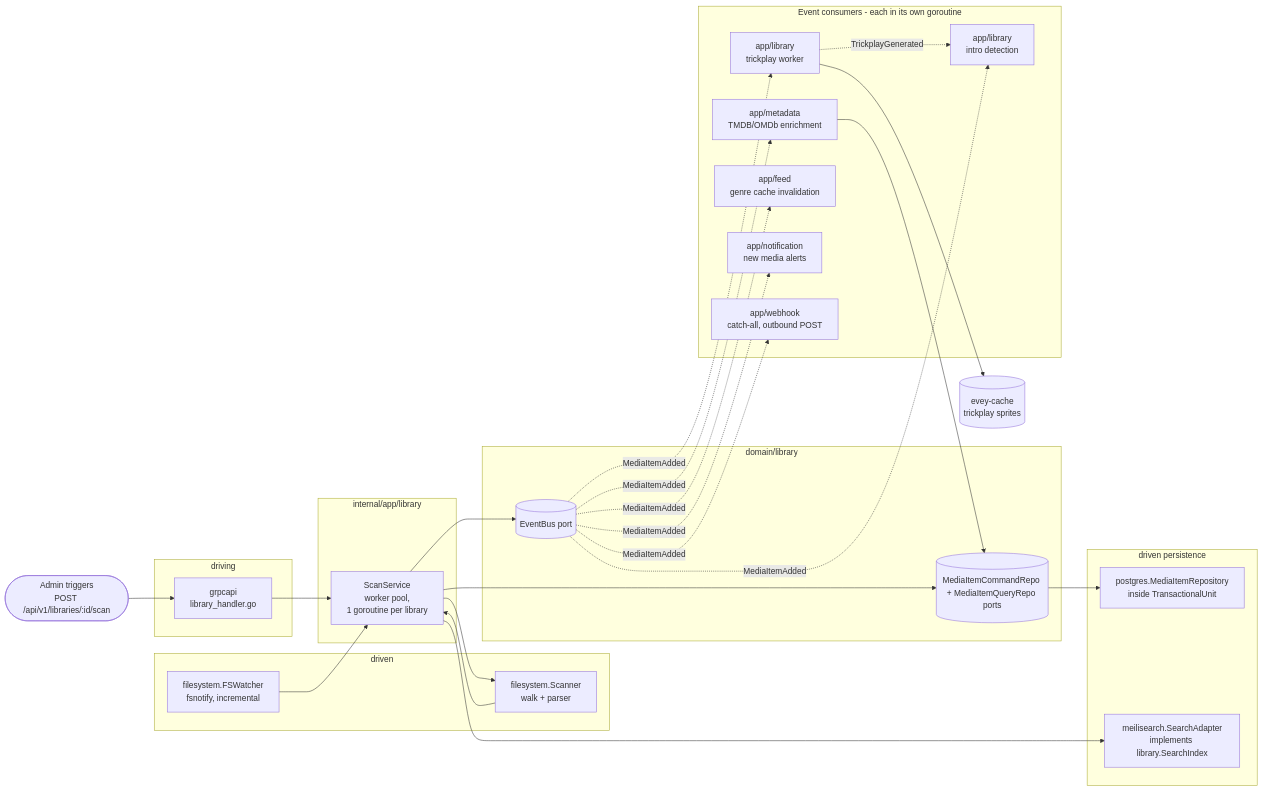
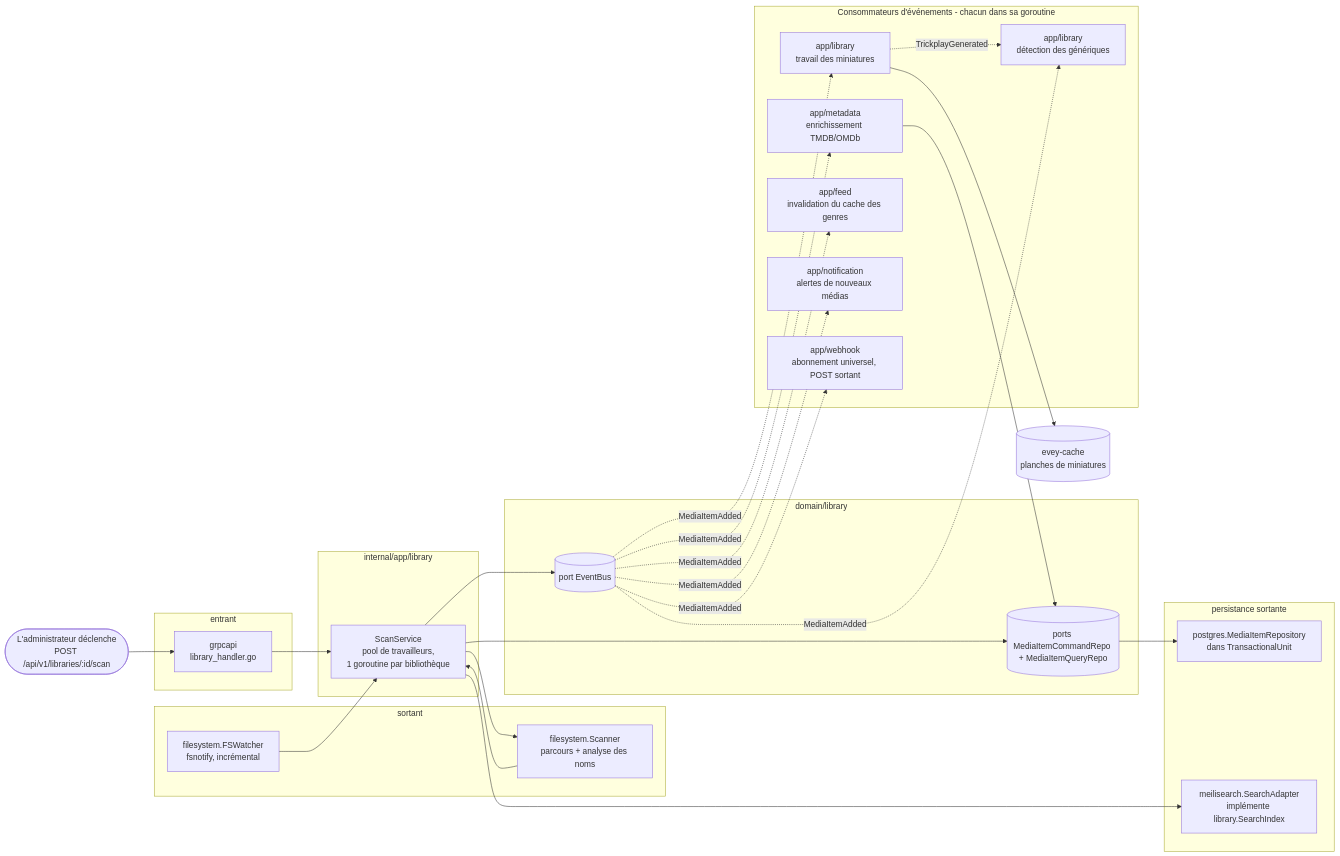
Before and after one commit to eveyproject/evey: the fourth of 4 diagrams in wiki/translations/fr/ARCHITECTURE.md, drawn with Mermaid. The commit also changed other lines of this file and 186 other files, not shown here.

````diff
--- a/wiki/translations/fr/ARCHITECTURE.md
+++ b/wiki/translations/fr/ARCHITECTURE.md
@@ -296,54 +407,54 @@
 ```mermaid
 flowchart LR
-    user([Admin triggers<br/>POST /api/v1/libraries/:id/scan])
+    user([L'administrateur déclenche<br/>POST /api/v1/libraries/:id/scan])
 
-    subgraph driving2[driving]
+    subgraph driving2[entrant]
         h[grpcapi<br/>library_handler.go]
     end
 
     subgraph appLayer[internal/app/library]
-        svc[ScanService<br/>worker pool,<br/>1 goroutine per library]
+        svc[ScanService<br/>pool de travailleurs,<br/>1 goroutine par bibliothèque]
     end
 
-    subgraph drivenScan[driven]
-        scanner[filesystem.Scanner<br/>walk + parser]
-        watcher[filesystem.FSWatcher<br/>fsnotify, incremental]
+    subgraph drivenScan[sortant]
+        scanner[filesystem.Scanner<br/>parcours + analyse des noms]
+        watcher[filesystem.FSWatcher<br/>fsnotify, incrémental]
     end
 
     subgraph domainScan[domain/library]
-        repo[(MediaItemCommandRepo + MediaItemQueryRepo ports)]
-        bus[(EventBus port)]
+        repo[(ports MediaItemCommandRepo + MediaItemQueryRepo)]
+        bus[(port EventBus)]
     end
 
-    subgraph persist[driven persistence]
-        pgrepo[postgres.MediaItemRepository<br/>inside TransactionalUnit]
-        searchidx[meilisearch.SearchAdapter<br/>implements library.SearchIndex]
+    subgraph persist[persistance sortante]
+        pgrepo[postgres.MediaItemRepository<br/>dans TransactionalUnit]
+        searchidx[meilisearch.SearchAdapter<br/>implémente library.SearchIndex]
     end
 
-    subgraph consumers[Event consumers - each in its own goroutine]
-        meta[app/metadata<br/>TMDB/OMDb enrichment]
-        trick[app/library<br/>trickplay worker]
-        intro[app/library<br/>intro detection]
-        feed[app/feed<br/>genre cache invalidation]
-        notif[app/notification<br/>new media alerts]
-        wh[app/webhook<br/>catch-all, outbound POST]
+    subgraph consumers[Consommateurs d'événements - chacun dans sa goroutine]
+        meta[app/metadata<br/>enrichissement TMDB/OMDb]
+        trick[app/library<br/>travail des miniatures]
+        intro[app/library<br/>détection des génériques]
+        feed[app/feed<br/>invalidation du cache des genres]
+        notif[app/notification<br/>alertes de nouveaux médias]
+        wh[app/webhook<br/>abonnement universel, POST sortant]
     end
 
     user --> h --> svc
     svc --> scanner
     watcher --> svc
     scanner --> svc
     svc --> repo
     repo --> pgrepo
     svc --> searchidx
     svc --> bus
     bus -. MediaItemAdded .-> meta
     bus -. MediaItemAdded .-> trick
     bus -. MediaItemAdded .-> intro
     bus -. MediaItemAdded .-> feed
     bus -. MediaItemAdded .-> notif
     bus -. MediaItemAdded .-> wh
     trick -. TrickplayGenerated .-> intro
     meta --> repo
-    trick --> ffstore[(evey-cache<br/>trickplay sprites)]
+    trick --> ffstore[(evey-cache<br/>planches de miniatures)]
 ```
````
